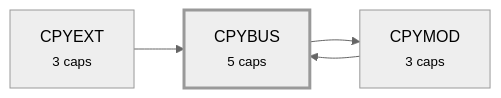
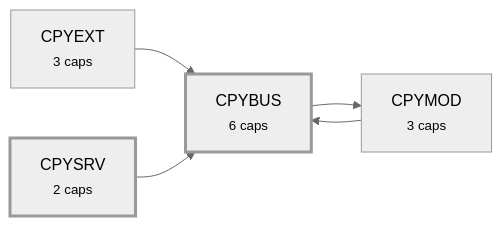
One commit to alxmax/Consilium-py changed the third of 4 diagrams in requirements/_map.md. Above: the diagram before and after it, drawn with Mermaid (neutral theme). The commit also changed other lines of this file and 16 other files, not shown here.

````diff
--- a/requirements/_map.md
+++ b/requirements/_map.md
@@ -118,10 +143,13 @@
 ```mermaid
 graph LR
-  a_CPYBUS["CPYBUS<br><small>5 caps</small>"]
+  a_CPYBUS["CPYBUS<br><small>6 caps</small>"]
   a_CPYEXT["CPYEXT<br><small>3 caps</small>"]
   a_CPYMOD["CPYMOD<br><small>3 caps</small>"]
+  a_CPYSRV["CPYSRV<br><small>2 caps</small>"]
   a_CPYBUS --> a_CPYMOD
   a_CPYEXT --> a_CPYBUS
   a_CPYMOD --> a_CPYBUS
+  a_CPYSRV --> a_CPYBUS
   style a_CPYBUS stroke-width:3px
+  style a_CPYSRV stroke-width:3px
 ```
````
